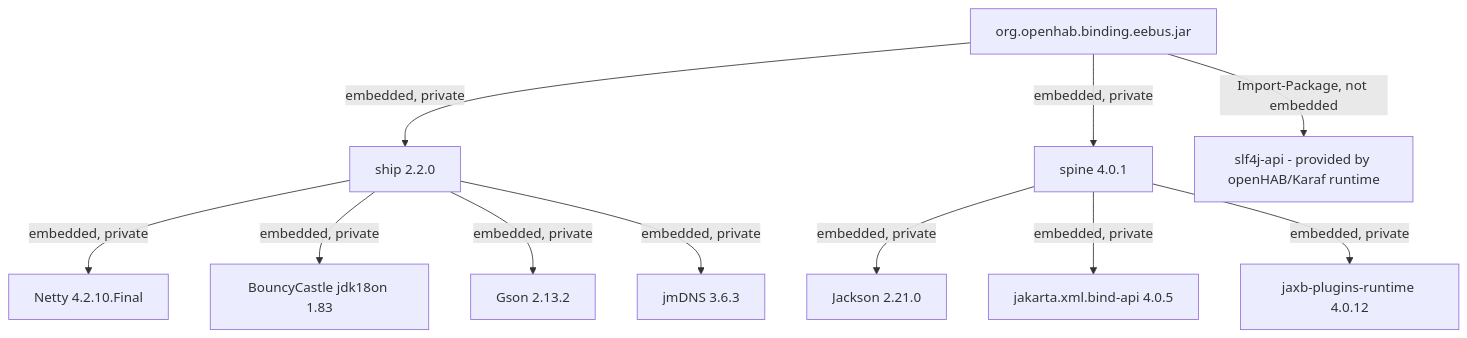
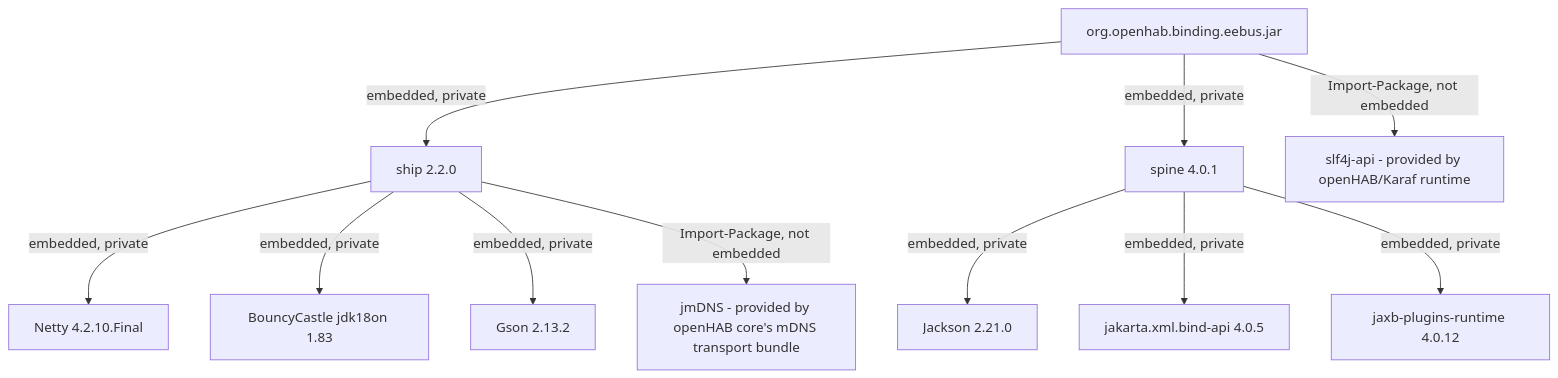
The diagram in bundles/org.openhab.binding.eebus/docs/ADR/001-embed-third-party-dependencies.md (weymann/openhab-addons), drawn with Mermaid before and after one commit. The commit also changed other lines of this file and 26 other files, not shown here.

````diff
--- a/bundles/org.openhab.binding.eebus/docs/ADR/001-embed-third-party-dependencies.md
+++ b/bundles/org.openhab.binding.eebus/docs/ADR/001-embed-third-party-dependencies.md
@@ -486,13 +603,13 @@
 ```mermaid
 graph TD
     A[org.openhab.binding.eebus.jar] -->|embedded, private| B[ship 2.2.0]
     A -->|embedded, private| C[spine 4.0.1]
     B -->|embedded, private| D[Netty 4.2.10.Final]
     B -->|embedded, private| E[BouncyCastle jdk18on 1.83]
     B -->|embedded, private| F[Gson 2.13.2]
-    B -->|embedded, private| G[jmDNS 3.6.3]
+    B -->|Import-Package, not embedded| G[jmDNS - provided by openHAB core's mDNS transport bundle]
     C -->|embedded, private| H[Jackson 2.21.0]
     C -->|embedded, private| I[jakarta.xml.bind-api 4.0.5]
     C -->|embedded, private| J[jaxb-plugins-runtime 4.0.12]
     A -->|Import-Package, not embedded| K[slf4j-api - provided by openHAB/Karaf runtime]
 ```
````
